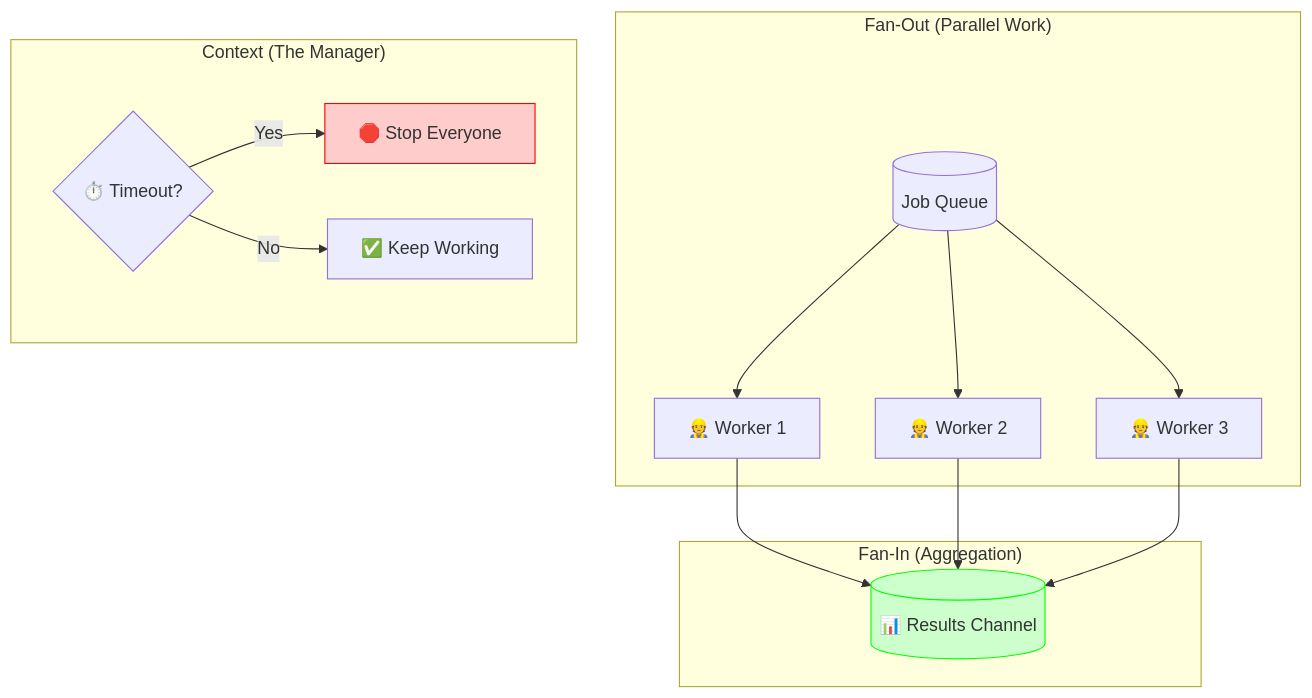
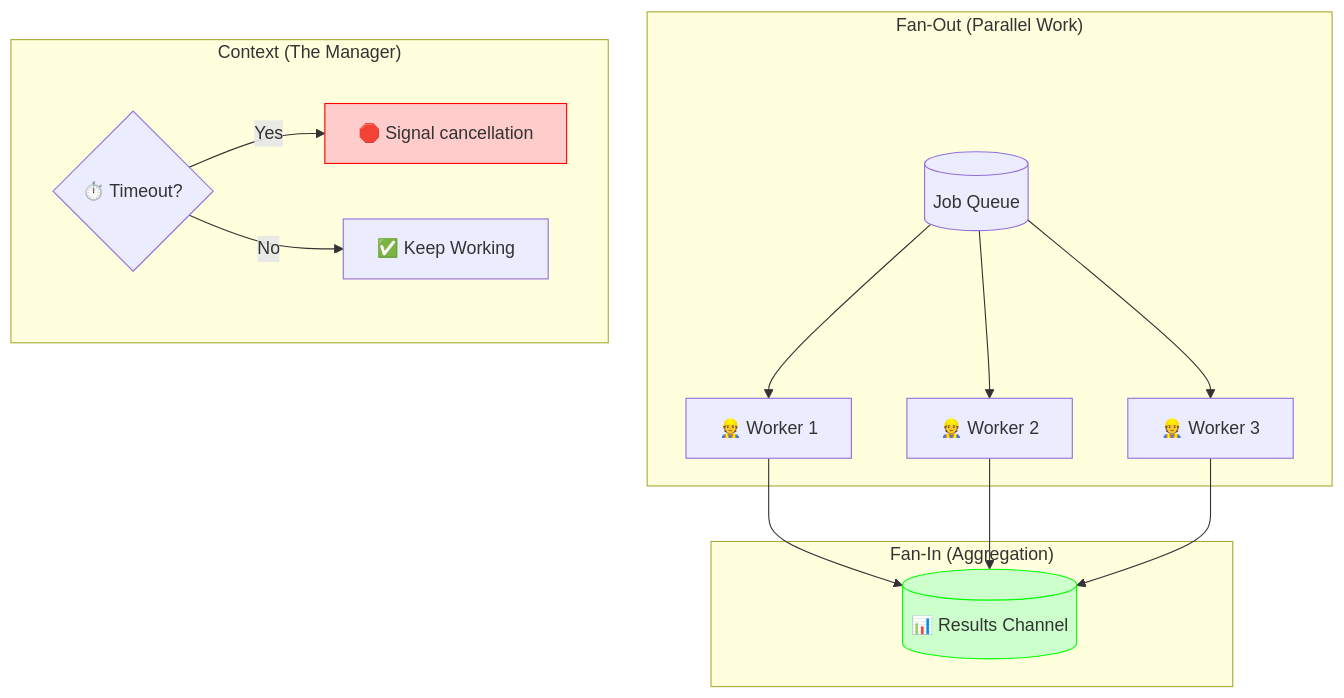
The diagram in docs/senior/02-adv-concurrency.md (dake-edu/gopher-shop), drawn with Mermaid before and after one commit. The commit also changed other lines of this file and 85 other files, not shown here.

````diff
--- a/docs/senior/02-adv-concurrency.md
+++ b/docs/senior/02-adv-concurrency.md
@@ -67,29 +84,29 @@
 ```mermaid
 graph TD
     subgraph FanOut ["Fan-Out (Parallel Work)"]
         Source[("Job Queue")]
         W1["👷 Worker 1"]
         W2["👷 Worker 2"]
         W3["👷 Worker 3"]
         
         Source --> W1
         Source --> W2
         Source --> W3
     end
     
     subgraph FanIn ["Fan-In (Aggregation)"]
         Result[("📊 Results Channel")]
         W1 --> Result
         W2 --> Result
         W3 --> Result
     end
     
     subgraph Context ["Context (The Manager)"]
         Timer{"⏱️ Timeout?"}
-        Timer -- "Yes" --> Abort["🛑 Stop Everyone"]
+        Timer -- "Yes" --> Abort["🛑 Signal cancellation"]
         Timer -- "No" --> Continue["✅ Keep Working"]
     end
     
     style Result fill:#ccffcc,stroke:#0f0
     style Abort fill:#ffcccc,stroke:#f00
 ```
````
